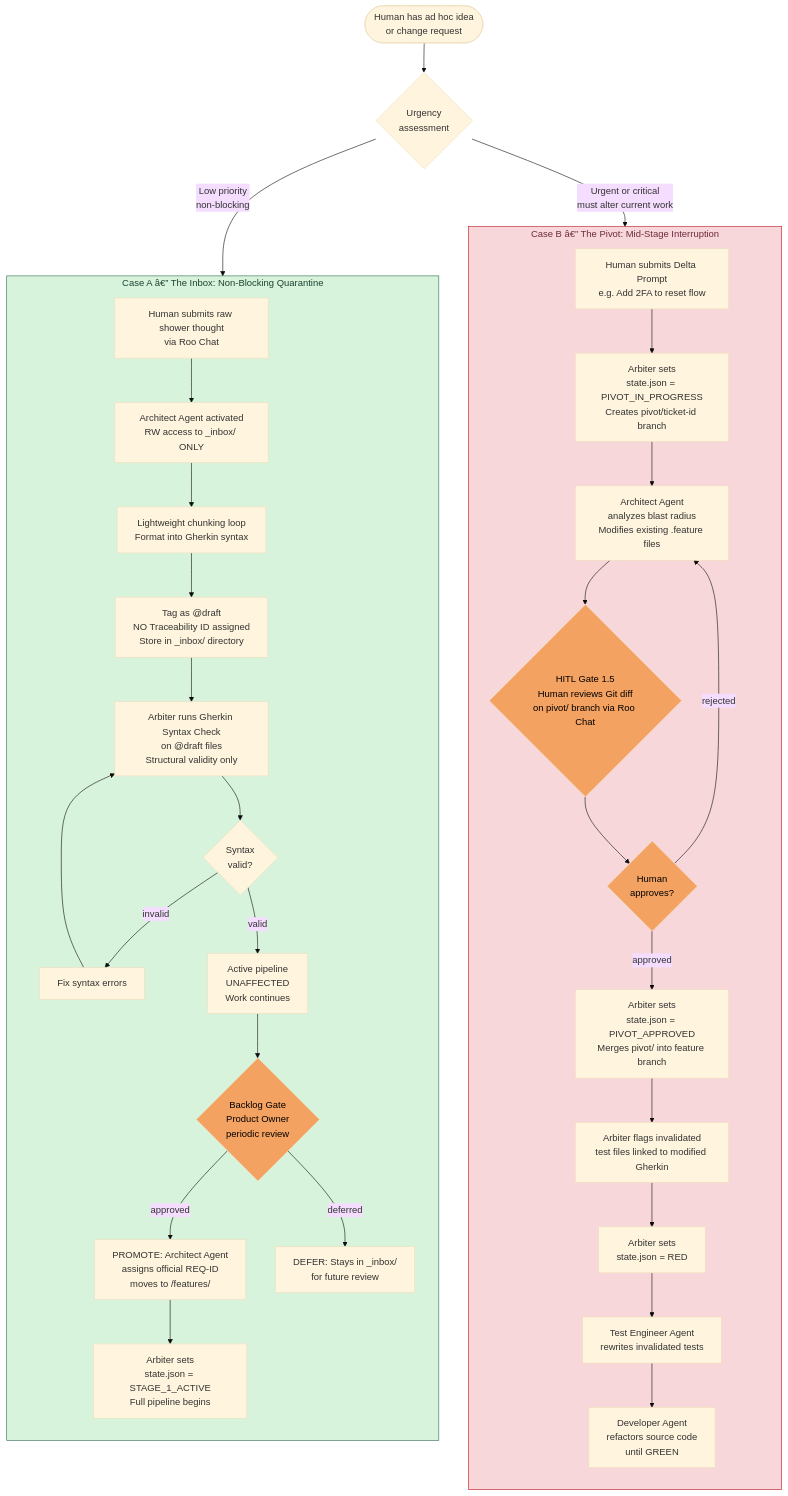
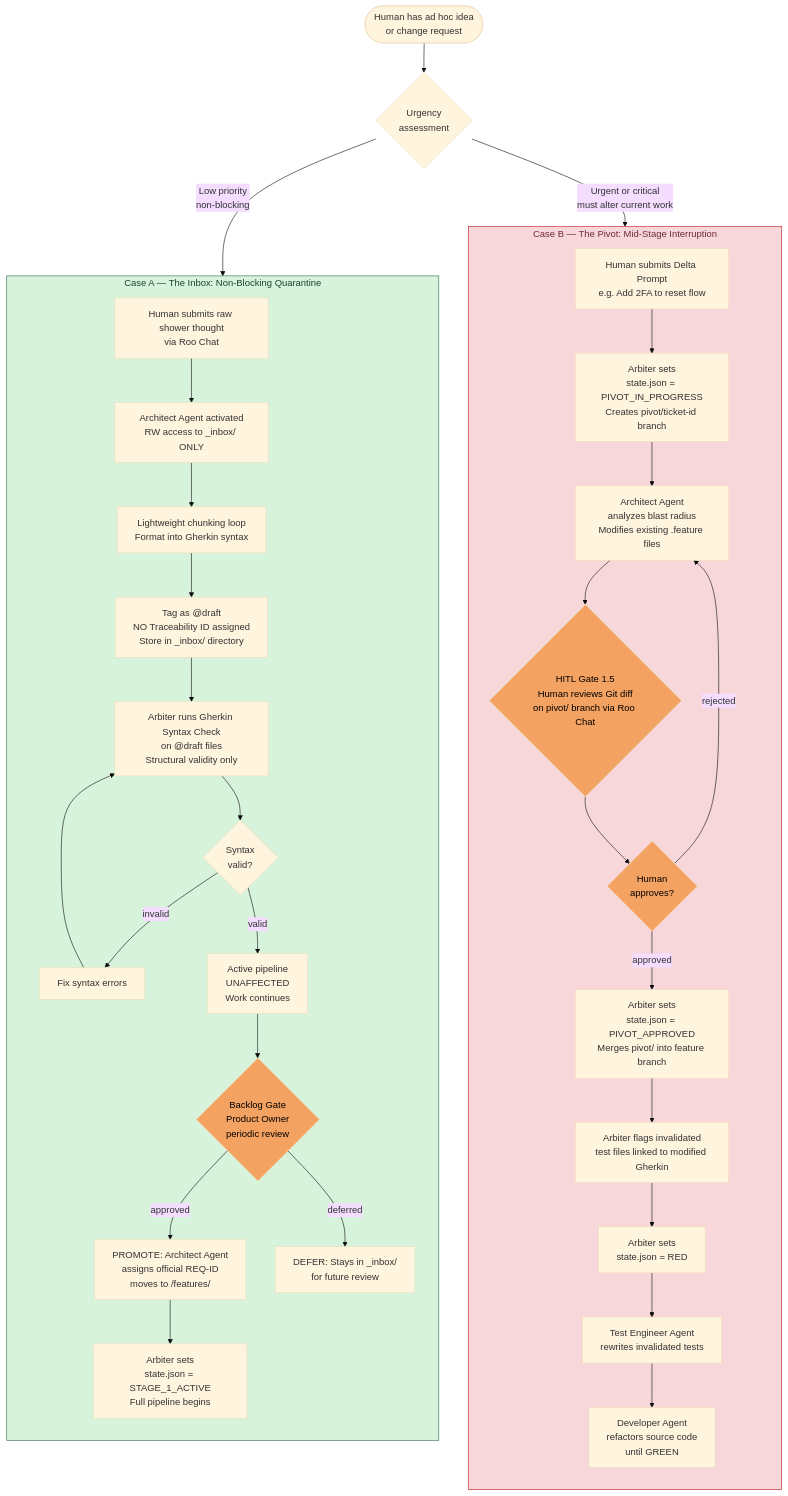
One commit to nghiaphan31/agentic-workbench-lab changed the first of 3 diagrams in diagrams/04-adhoc-and-pivot.md. Above: the diagram before and after it, drawn with Mermaid (base theme). The commit also changed other lines of this file and 7 other files, not shown here.

```diff
--- a/diagrams/04-adhoc-and-pivot.md
+++ b/diagrams/04-adhoc-and-pivot.md
@@ -16,10 +16,12 @@
 or change request]) --> CLASSIFY{Urgency
 assessment}
 
-    CLASSIFY -->|Low priority\nnon-blocking| INBOX_FLOW
-    CLASSIFY -->|Urgent or critical\nmust alter current work| PIVOT_FLOW
+    CLASSIFY -->|Low priority
+non-blocking| INBOX_FLOW
+    CLASSIFY -->|Urgent or critical
+must alter current work| PIVOT_FLOW
 
-    subgraph INBOX_FLOW["Case A â€” The Inbox: Non-Blocking Quarantine"]
+    subgraph INBOX_FLOW["Case A — The Inbox: Non-Blocking Quarantine"]
         direction TB
         IB1[Human submits raw shower thought
 via Roo Chat]
@@ -59,7 +61,7 @@
         IB9 -->|deferred| IB12
     end
 
-    subgraph PIVOT_FLOW["Case B â€” The Pivot: Mid-Stage Interruption"]
+    subgraph PIVOT_FLOW["Case B — The Pivot: Mid-Stage Interruption"]
         direction TB
         PV1[Human submits Delta Prompt
 e.g. Add 2FA to reset flow]
```
